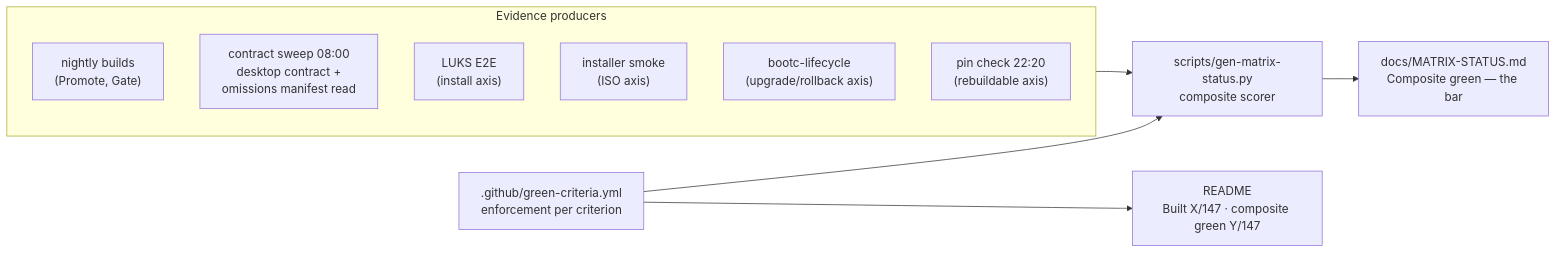
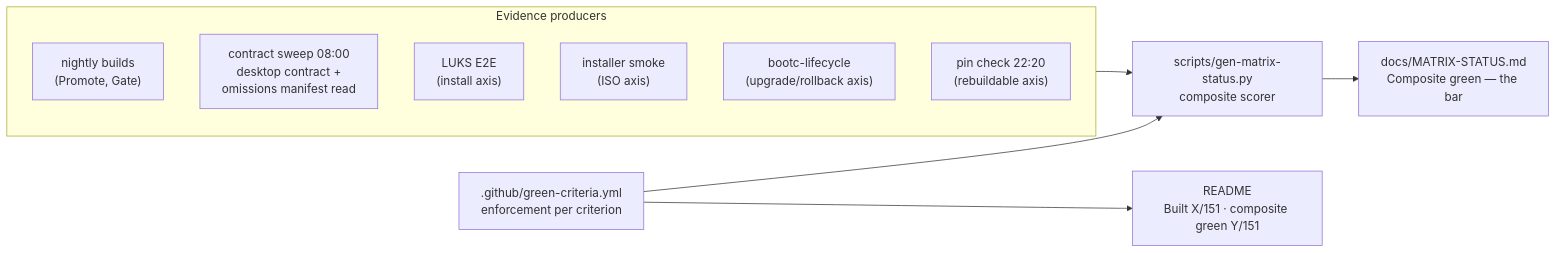
The fifth of 5 diagrams in docs/DEVELOPER-GUIDE.md (tuna-os/tunaOS), drawn with Mermaid before and after one commit. The commit also changed other lines of this file and 33 other files, not shown here.

````diff
--- a/docs/DEVELOPER-GUIDE.md
+++ b/docs/DEVELOPER-GUIDE.md
@@ -294,20 +294,20 @@
 ```mermaid
 flowchart LR
     subgraph evidence["Evidence producers"]
         BLD["nightly builds<br/>(Promote, Gate)"]
         SWEEP["contract sweep 08:00<br/>desktop contract +<br/>omissions manifest read"]
         LUKS["LUKS E2E<br/>(install axis)"]
         ISO["installer smoke<br/>(ISO axis)"]
         LC["bootc-lifecycle<br/>(upgrade/rollback axis)"]
         PIN["pin check 22:20<br/>(rebuildable axis)"]
     end
     CRIT[".github/green-criteria.yml<br/>enforcement per criterion"]
     GEN["scripts/gen-matrix-status.py<br/>composite scorer"]
     MS["docs/MATRIX-STATUS.md<br/>Composite green — the bar"]
-    RM["README<br/>Built X/147 · composite green Y/147"]
+    RM["README<br/>Built X/151 · composite green Y/151"]
 
     evidence --> GEN
     CRIT --> GEN
     GEN --> MS
     CRIT --> RM
 ```
````
